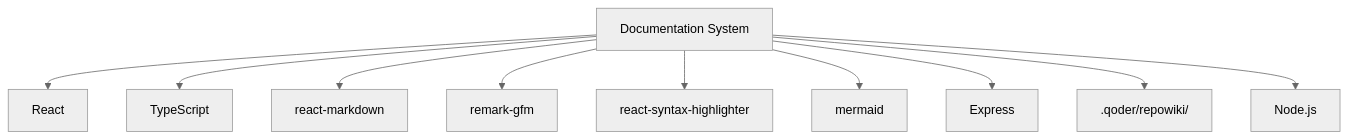
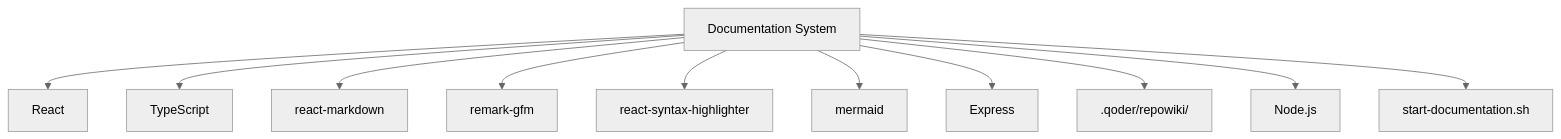
The seventh of 7 diagrams in .qoder/repowiki/en/content/Documentation System.md (gaigenticai/Regulens), drawn with Mermaid (neutral theme) before and after one commit. The commit also changed other lines of this file and 16 other files, not shown here.

````diff
--- a/.qoder/repowiki/en/content/Documentation System.md
+++ b/.qoder/repowiki/en/content/Documentation System.md
@@ -189,12 +226,13 @@
 ```mermaid
 graph TD
 A[Documentation System] --> B[React]
 A --> C[TypeScript]
 A --> D[react-markdown]
 A --> E[remark-gfm]
 A --> F[react-syntax-highlighter]
 A --> G[mermaid]
 A --> H[Express]
 A --> I[.qoder/repowiki/]
 A --> J[Node.js]
+A --> K[start-documentation.sh]
 ```
````
